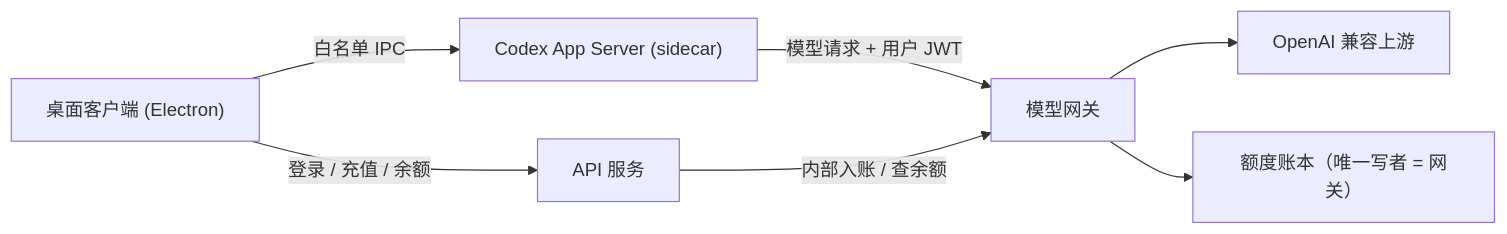
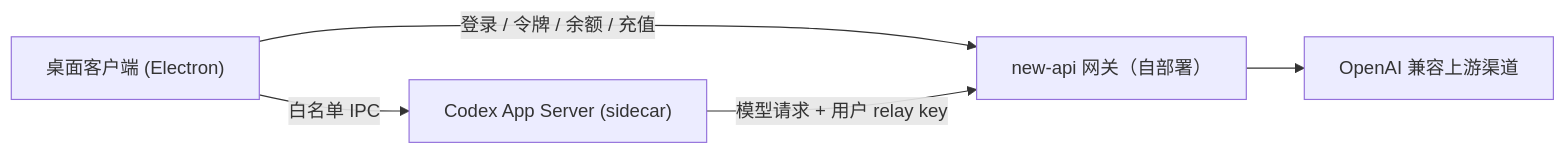
Before and after one commit to Serena-Peng29/codex-like-desktop: the diagram in README.md, drawn with Mermaid. The commit also changed other lines of this file, not shown here.

First line of the commit message:
docs(readme): rewrite for the direct new-api gateway architecture

````diff
--- a/README.md
+++ b/README.md
@@ -22,9 +22,7 @@
 ```mermaid
 flowchart LR
     A["桌面客户端 (Electron)"] -->|"白名单 IPC"| B["Codex App Server (sidecar)"]
-    A -->|"登录 / 充值 / 余额"| C["API 服务"]
-    B -->|"模型请求 + 用户 JWT"| D["模型网关"]
-    C -->|"内部入账 / 查余额"| D
-    D --> E["OpenAI 兼容上游"]
-    D --> F["额度账本（唯一写者 = 网关）"]
+    A -->|"登录 / 令牌 / 余额 / 充值"| C["new-api 网关（自部署）"]
+    B -->|"模型请求 + 用户 relay key"| C
+    C --> D["OpenAI 兼容上游渠道"]
 ```
````
